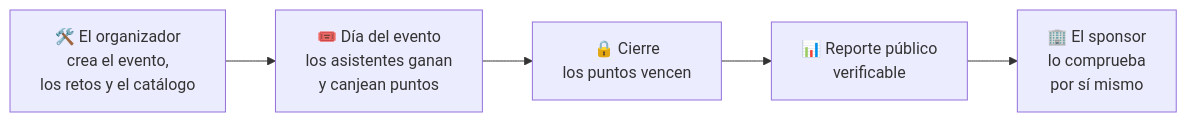
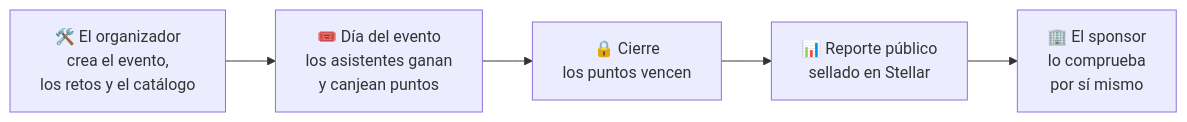
Before and after one commit to DAVV422/pasitos: the third of 3 diagrams in README.md, drawn with Mermaid. The commit also changed other lines of this file and 4 other files, not shown here.

````diff
--- a/README.md
+++ b/README.md
@@ -116,7 +117,7 @@
 ```mermaid
 flowchart LR
     O1["🛠️ El organizador<br/>crea el evento,<br/>los retos y el catálogo"] --> E["🎟️ Día del evento<br/>los asistentes ganan<br/>y canjean puntos"]
     E --> C["🔒 Cierre<br/>los puntos vencen"]
-    C --> R["📊 Reporte público<br/>verificable"]
+    C --> R["📊 Reporte público<br/>sellado en Stellar"]
     R --> S["🏢 El sponsor<br/>lo comprueba<br/>por sí mismo"]
 ```
````
